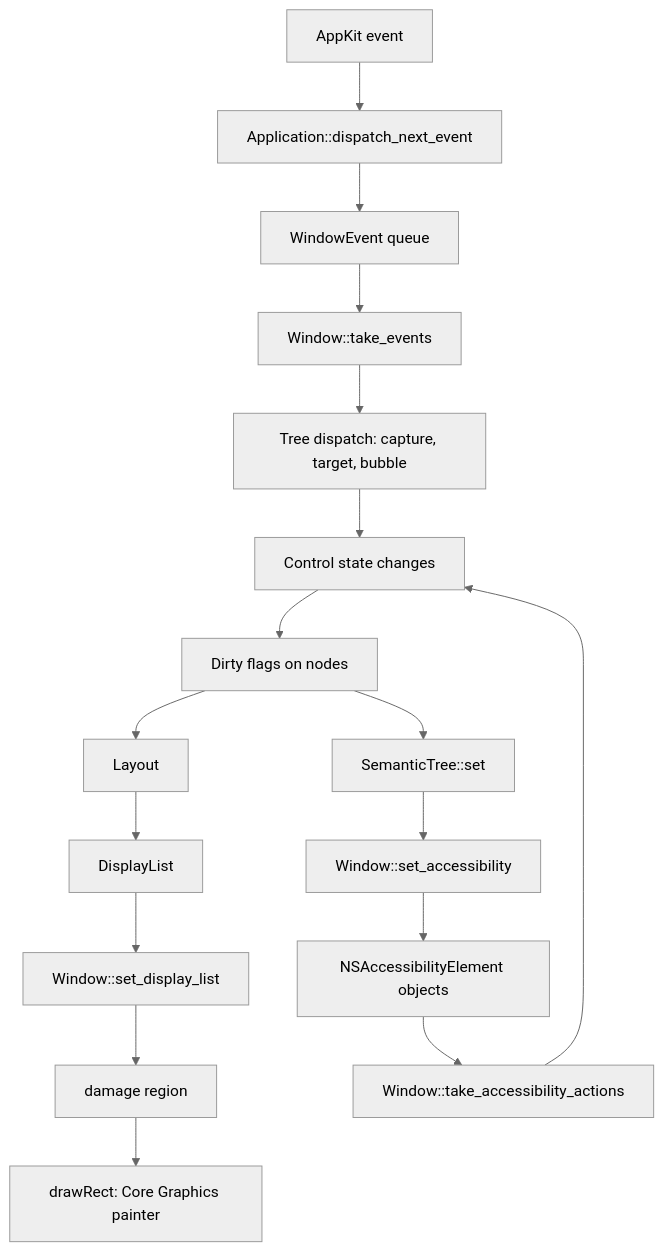
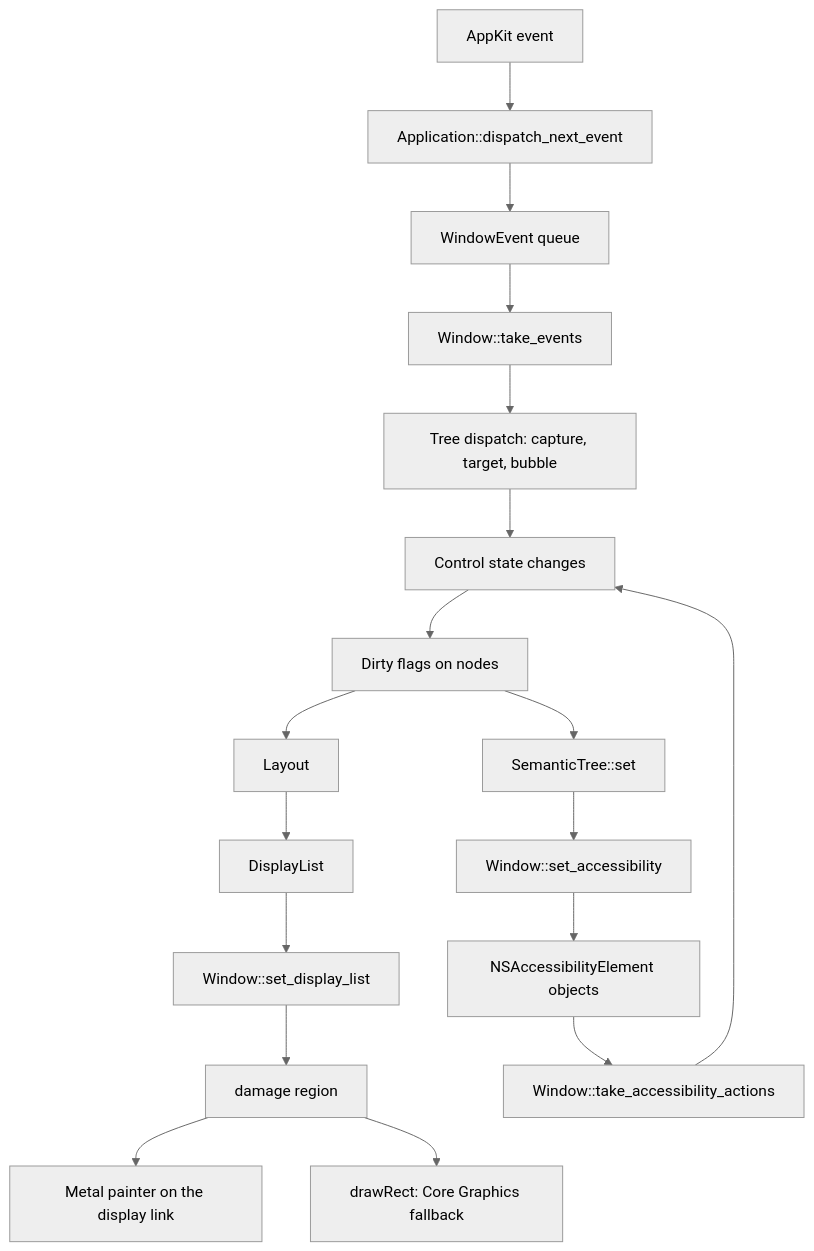
Before and after one commit to choscor/choscorui: the second of 2 diagrams in docs/architecture.md, drawn with Mermaid (neutral theme). The commit also changed other lines of this file and 3 other files, not shown here.

First line of the commit message:
docs: describe the Metal painter, its shaders, and its fallback

````diff
--- a/docs/architecture.md
+++ b/docs/architecture.md
@@ -204,19 +207,20 @@
 ```mermaid
 flowchart TD
     native["AppKit event"] --> dispatch["Application::dispatch_next_event"]
     dispatch --> queue["WindowEvent queue"]
     queue --> take["Window::take_events"]
     take --> tree["Tree dispatch: capture, target, bubble"]
     tree --> controls["Control state changes"]
     controls --> dirty["Dirty flags on nodes"]
     dirty --> layout["Layout"]
     layout --> list["DisplayList"]
     list --> setlist["Window::set_display_list"]
     setlist --> damage["damage region"]
-    damage --> painter["drawRect: Core Graphics painter"]
+    damage --> metal["Metal painter on the display link"]
+    damage --> painter["drawRect: Core Graphics fallback"]
     dirty --> semantics["SemanticTree::set"]
     semantics --> bridge["Window::set_accessibility"]
     bridge --> ax["NSAccessibilityElement objects"]
     ax --> actions["Window::take_accessibility_actions"]
     actions --> controls
 ```
````
